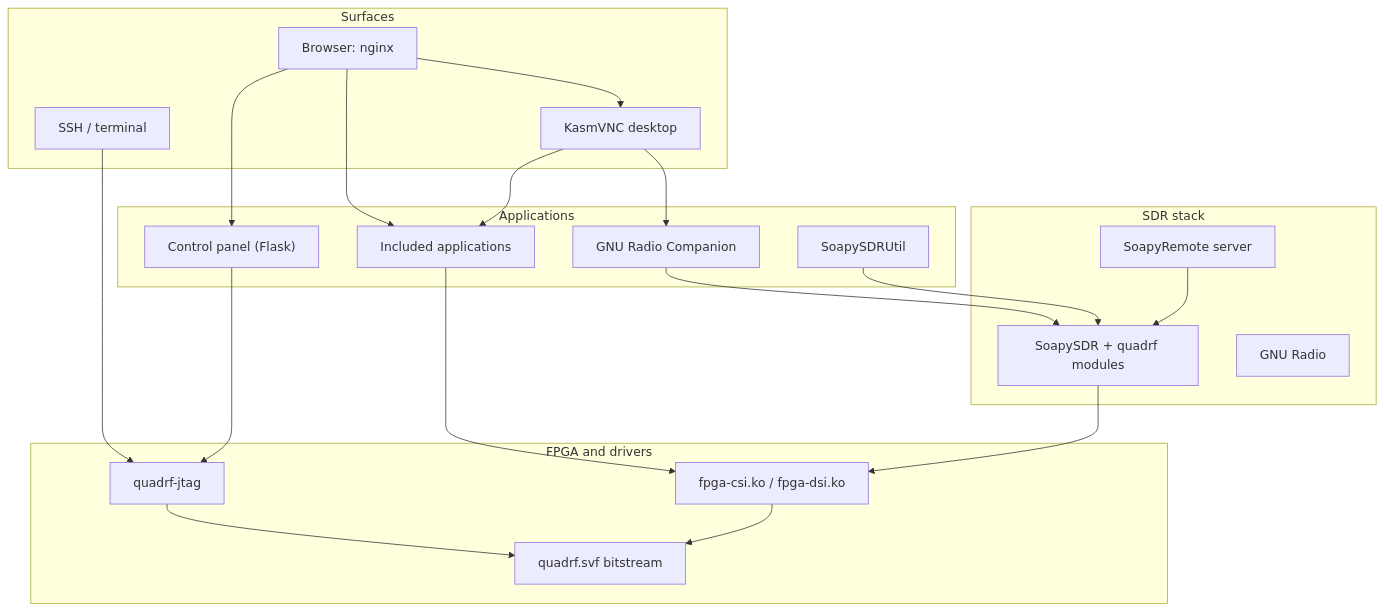
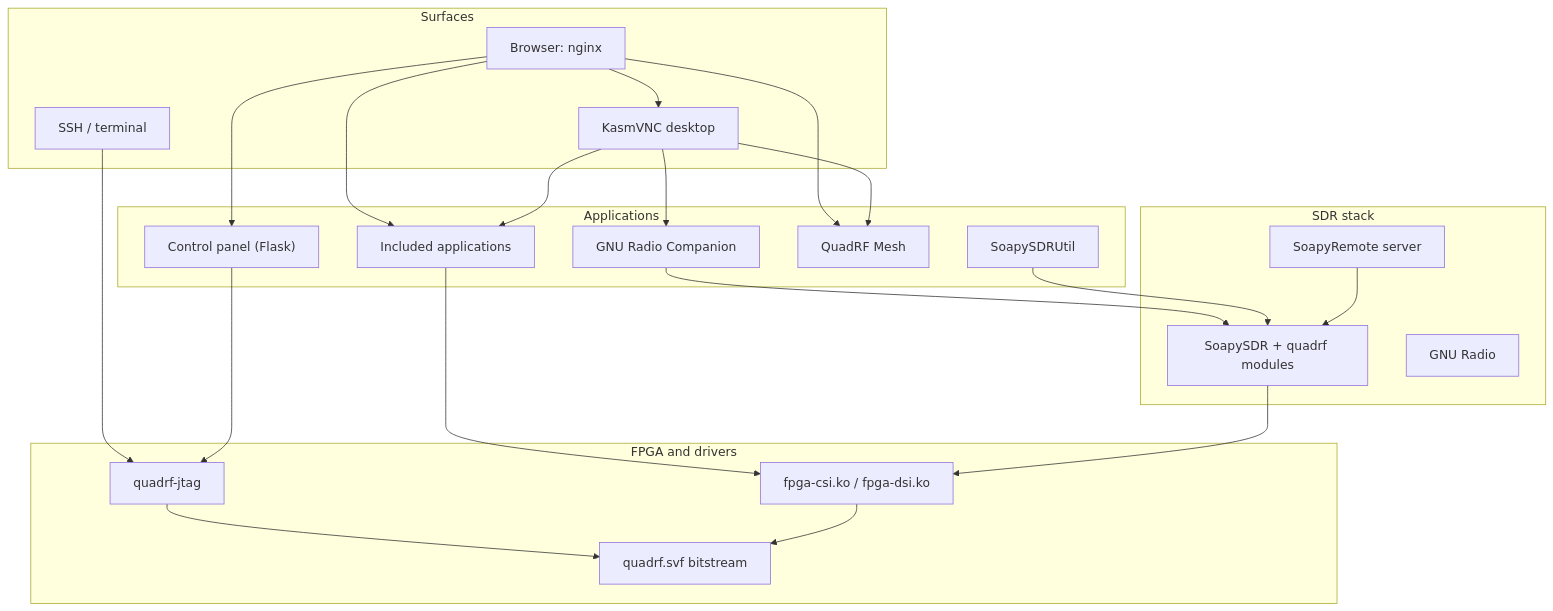
Before and after one commit to ScaleRF/QuadRF: the first of 2 diagrams in docs/overview.md, drawn with Mermaid. The commit also changed other lines of this file and 12 other files, not shown here.

````diff
--- a/docs/overview.md
+++ b/docs/overview.md
@@ -9,42 +9,45 @@
 ```mermaid
 flowchart TB
   subgraph surfaces["Surfaces"]
     WEB["Browser: nginx"]
     KASM["KasmVNC desktop"]
     TERM["SSH / terminal"]
   end
 
   subgraph apps["Applications"]
     FLASK["Control panel (Flask)"]
     DEMOS["Included applications"]
     GRC["GNU Radio Companion"]
+    MESH["QuadRF Mesh"]
     SOAPY_CLI["SoapySDRUtil"]
   end
 
   subgraph sdr["SDR stack"]
     SOAPY["SoapySDR + quadrf modules"]
     GR["GNU Radio"]
     REMOTE["SoapyRemote server"]
   end
 
   subgraph fpga["FPGA and drivers"]
     JTAG["quadrf-jtag"]
     KO["fpga-csi.ko / fpga-dsi.ko"]
     BIT["quadrf.svf bitstream"]
   end
 
   WEB --> FLASK
   WEB --> KASM
   WEB --> DEMOS
+  WEB --> MESH
   KASM --> DEMOS
   KASM --> GRC
+  KASM --> MESH
   TERM --> JTAG
   FLASK --> JTAG
   DEMOS --> KO
   GRC --> SOAPY
   SOAPY_CLI --> SOAPY
   REMOTE --> SOAPY
   SOAPY --> KO
   JTAG --> BIT
   KO --> BIT
 ```
````
